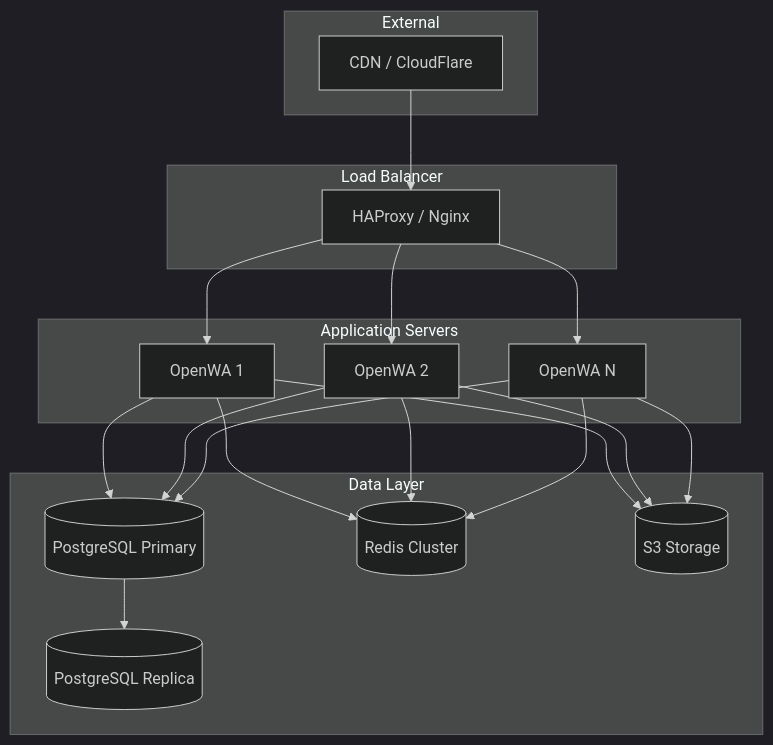
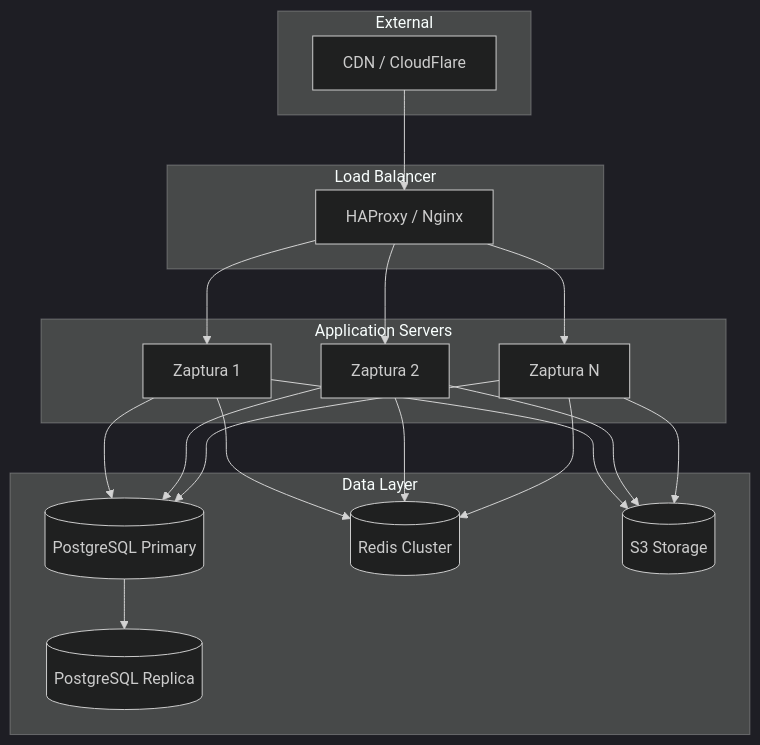
Before and after one commit to AsmSafone/Whatsapp-SaaS: the third of 5 diagrams in docs/10-devops-infrastructure.md, drawn with Mermaid (dark theme). The commit also changed other lines of this file and 940 other files, not shown here.

````diff
--- a/docs/10-devops-infrastructure.md
+++ b/docs/10-devops-infrastructure.md
@@ -355,30 +355,30 @@
 ```mermaid
 flowchart TB
     subgraph External["External"]
         CDN[CDN / CloudFlare]
     end
 
     subgraph LoadBalancer["Load Balancer"]
         LB[HAProxy / Nginx]
     end
 
     subgraph AppServers["Application Servers"]
-        APP1[OpenWA 1]
-        APP2[OpenWA 2]
-        APP3[OpenWA N]
+        APP1[Zaptura 1]
+        APP2[Zaptura 2]
+        APP3[Zaptura N]
     end
 
     subgraph DataLayer["Data Layer"]
         PG[(PostgreSQL Primary)]
         PGR[(PostgreSQL Replica)]
         RD[(Redis Cluster)]
         S3[(S3 Storage)]
     end
 
     CDN --> LB
     LB --> APP1 & APP2 & APP3
     APP1 & APP2 & APP3 --> PG
     APP1 & APP2 & APP3 --> RD
     APP1 & APP2 & APP3 --> S3
     PG --> PGR
 ```
````
